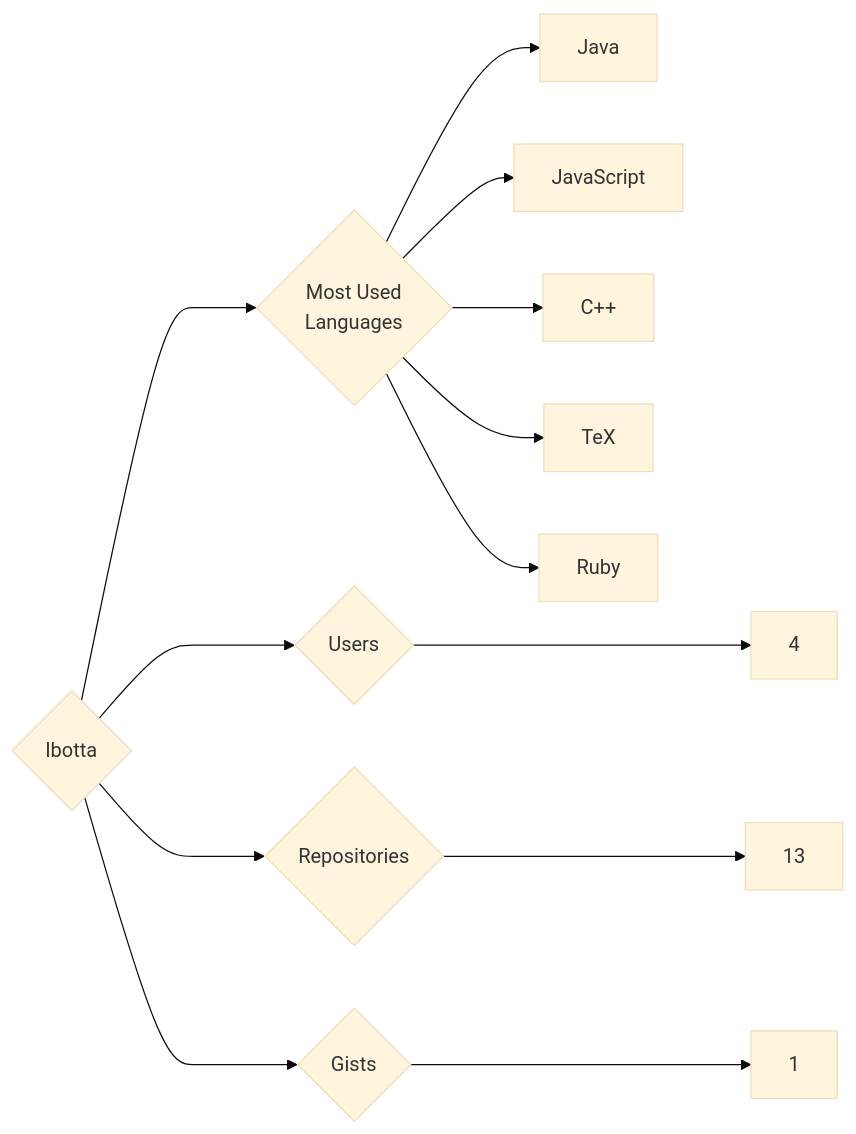
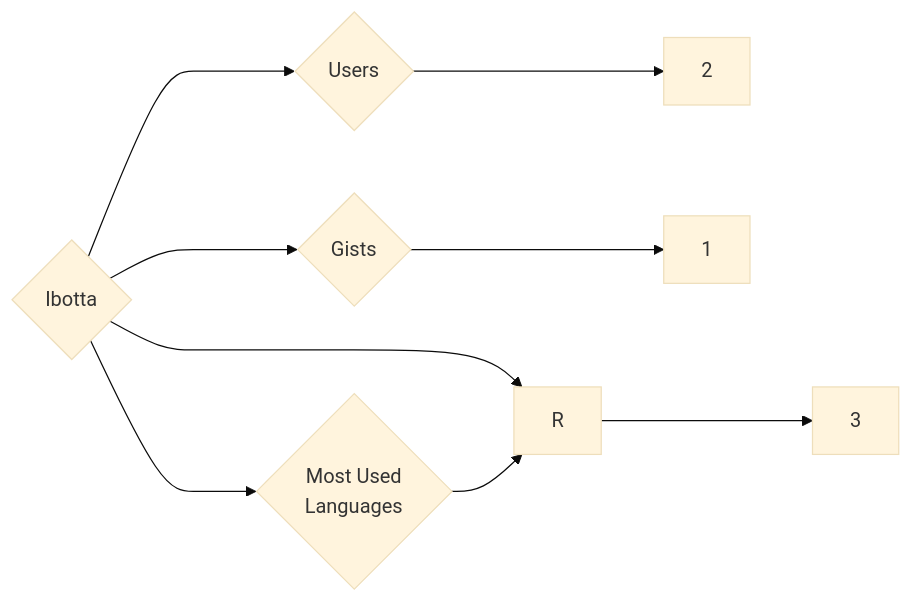
Before and after one commit to trickest/insiders: the diagram in targets/Ibotta/README.md, drawn with Mermaid (base theme). The commit also changed 859 other files, not shown here.

````diff
--- a/targets/Ibotta/README.md
+++ b/targets/Ibotta/README.md
@@ -3,13 +3,9 @@
 ```mermaid
 graph LR
 COMPANY_NAME{Ibotta}
-COMPANY_NAME ---> U{Users} ---> UN[4]
-COMPANY_NAME ---> R{Repositories} ---> RN[13]
+COMPANY_NAME ---> U{Users} ---> UN[2]
+COMPANY_NAME ---> R{Repositories} ---> RN[3]
 COMPANY_NAME ---> G{Gists} ---> GN[1]
 COMPANY_NAME ---> ML{Most Used<br>Languages}
-ML --> Java[Java]
-ML --> JavaScript[JavaScript]
-ML --> C++[C++]
-ML --> TeX[TeX]
-ML --> Ruby[Ruby]
+ML --> R[R]
 ```
````
